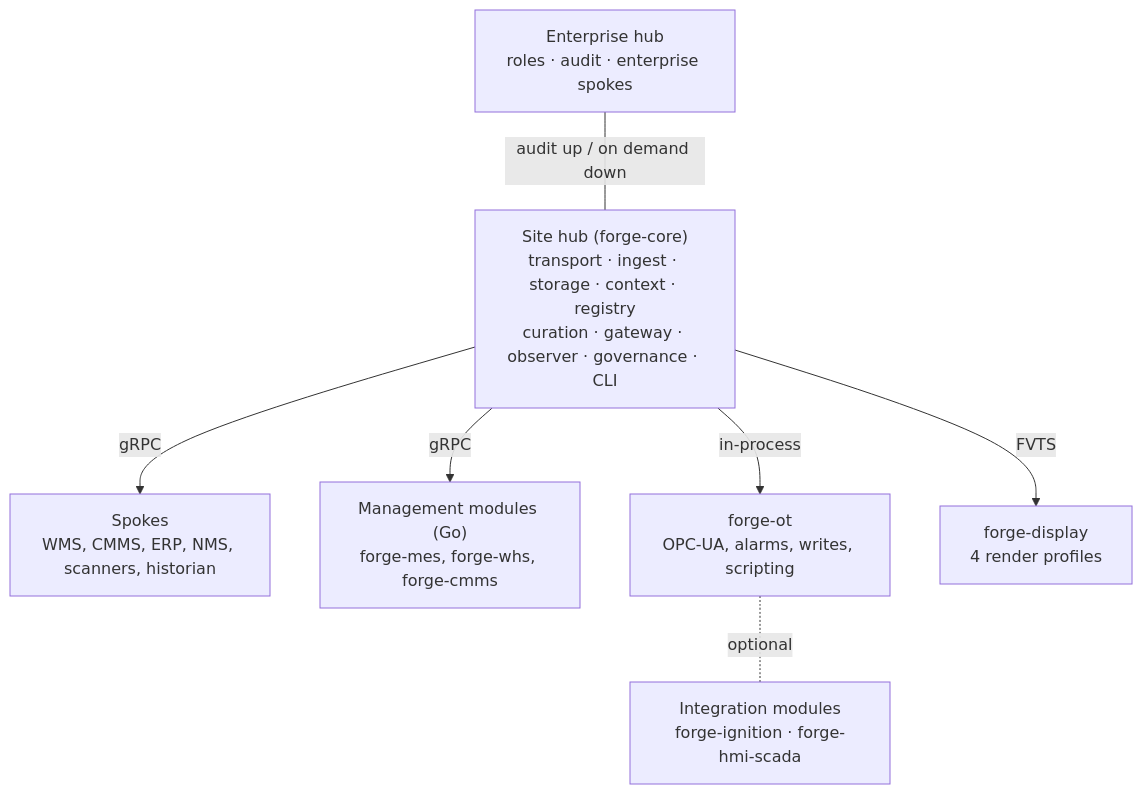
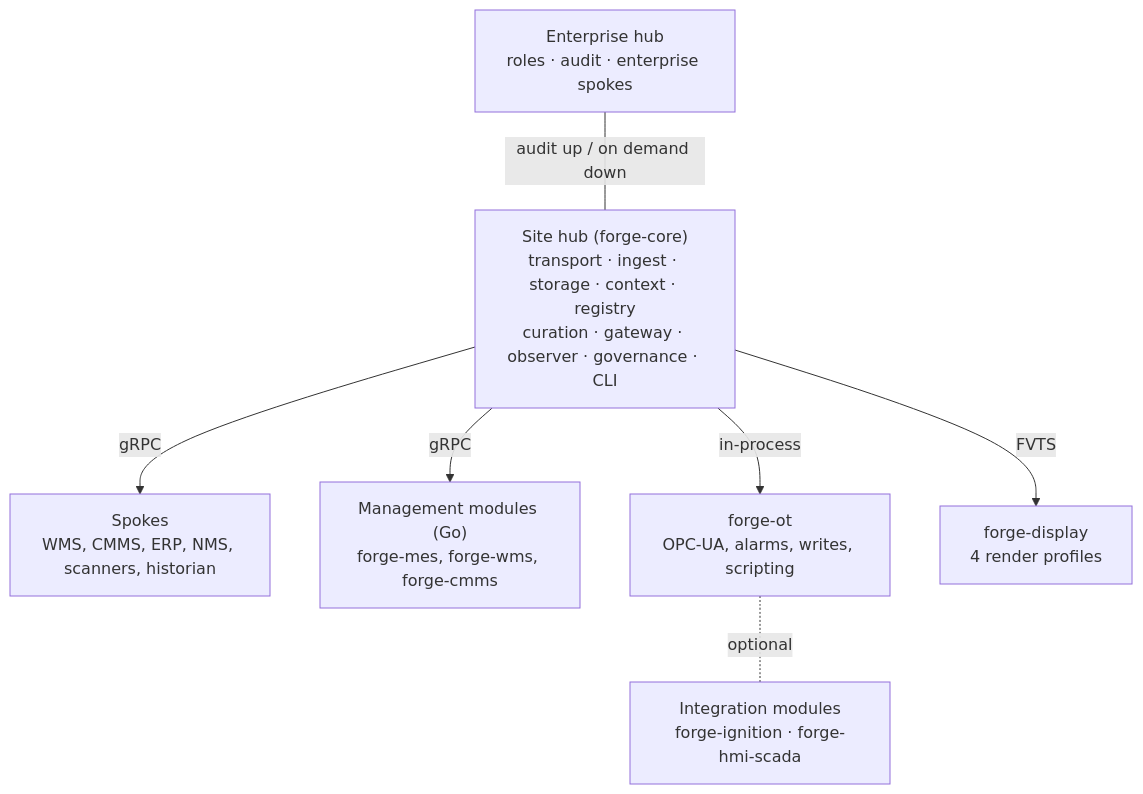
One commit to reh3376/forge changed the first of 24 diagrams in docs/tutorial.md. Above: the diagram before and after it, drawn with Mermaid. The commit also changed other lines of this file and 219 other files, not shown here.

First line of the commit message:
refactor: forge-cmms, forge-erpi and forge-nms; the four are management modules (FB-150)

````diff
--- a/docs/tutorial.md
+++ b/docs/tutorial.md
@@ -149,11 +149,11 @@
 ```mermaid
 flowchart TD
   E["Enterprise hub<br/>roles · audit · enterprise spokes"]
   S["Site hub (forge-core)<br/>transport · ingest · storage · context · registry<br/>curation · gateway · observer · governance · CLI"]
   E -- "audit up / on demand down" --- S
   S -- "gRPC" --> SP["Spokes<br/>WMS, CMMS, ERP, NMS, scanners, historian"]
-  S -- "gRPC" --> M["Management modules (Go)<br/>forge-mes, forge-whs, forge-cmms"]
+  S -- "gRPC" --> M["Management modules (Go)<br/>forge-mes, forge-wms, forge-cmms"]
   S -- "in-process" --> OT["forge-ot<br/>OPC-UA, alarms, writes, scripting"]
   S -- "FVTS" --> D["forge-display<br/>4 render profiles"]
   OT -. "optional" .- I["Integration modules<br/>forge-ignition · forge-hmi-scada"]
 ```
````
